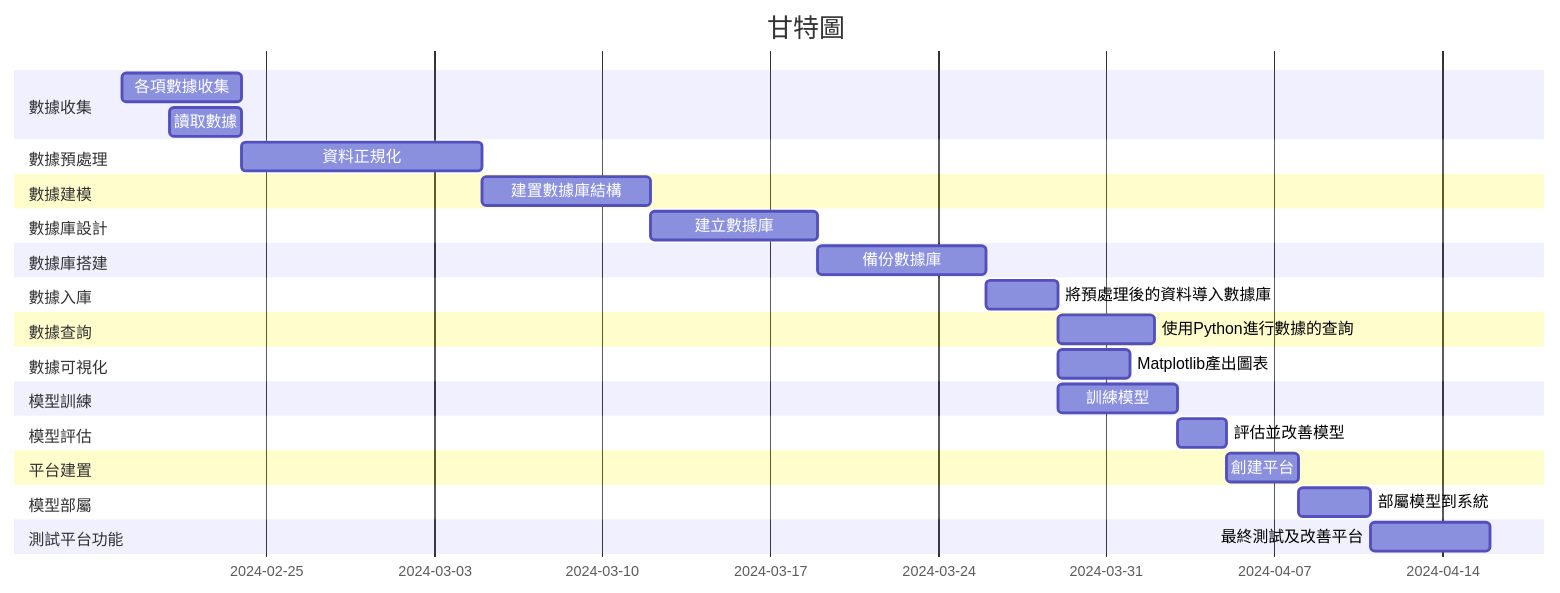
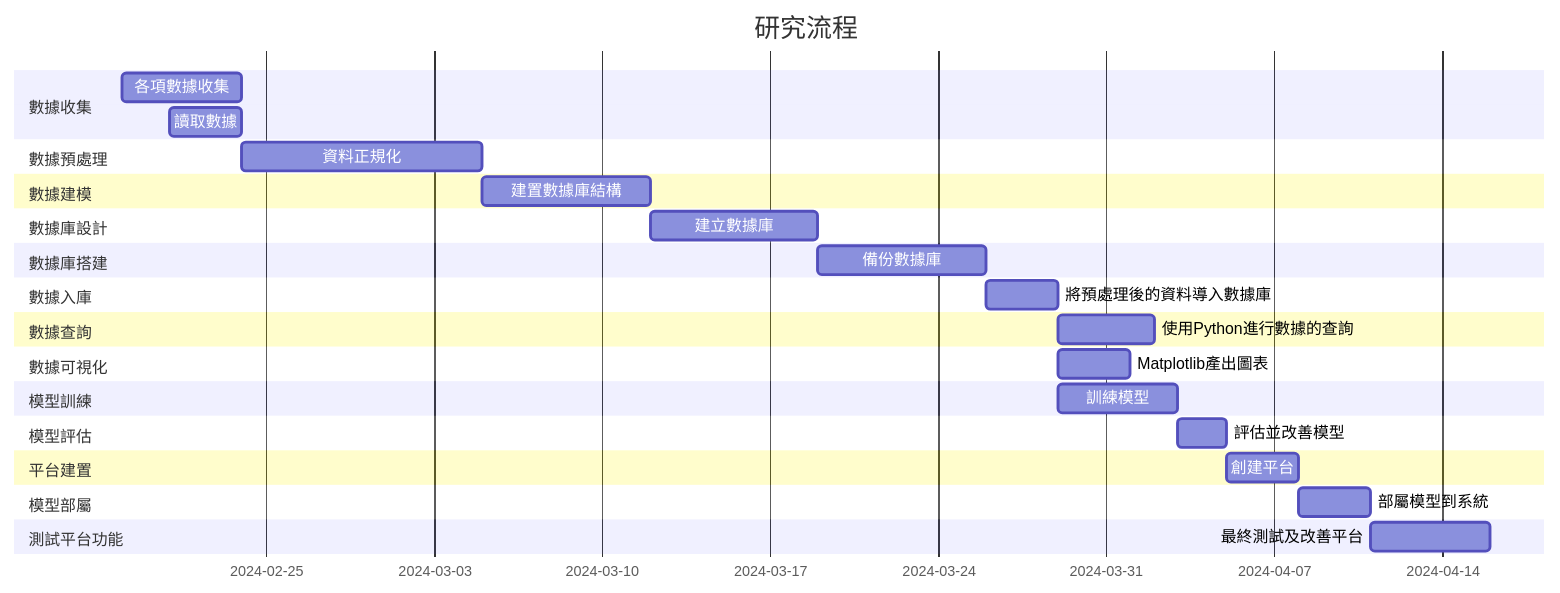
The diagram in README.md (jacklin92/C110118220_hw), drawn with Mermaid before and after one commit.

````diff
--- a/README.md
+++ b/README.md
@@ -65,32 +65,32 @@
 ```mermaid
 gantt
-    title 甘特圖
+    title 研究流程
 
     section 數據收集
     各項數據收集:a1,2024-02-19, 5d
     讀取數據:a2,2024-02-21,3d
     section 數據預處理
     資料正規化:a3,after a2, 10d
     section 數據建模
     建置數據庫結構:a4,after a3,7d
     section 數據庫設計
     建立數據庫:a5,after a4,7d
     section 數據庫搭建
     備份數據庫:a6,after a5,7d
     section 數據入庫
     將預處理後的資料導入數據庫:a7,after a6,3d
     section 數據查詢
     使用Python進行數據的查詢:a8,after a7,4d
     section 數據可視化
     Matplotlib產出圖表:a9,after a7,3d
     section 模型訓練
     訓練模型:a10,after a7,5d
     section 模型評估
     評估並改善模型:a11,after a10,2d
     section 平台建置
     創建平台:a12,after a11,3d
     section 模型部屬
     部屬模型到系統:a13,after a12,3d
     section 測試平台功能
     最終測試及改善平台:a14,after a13,5d
 ```
````
